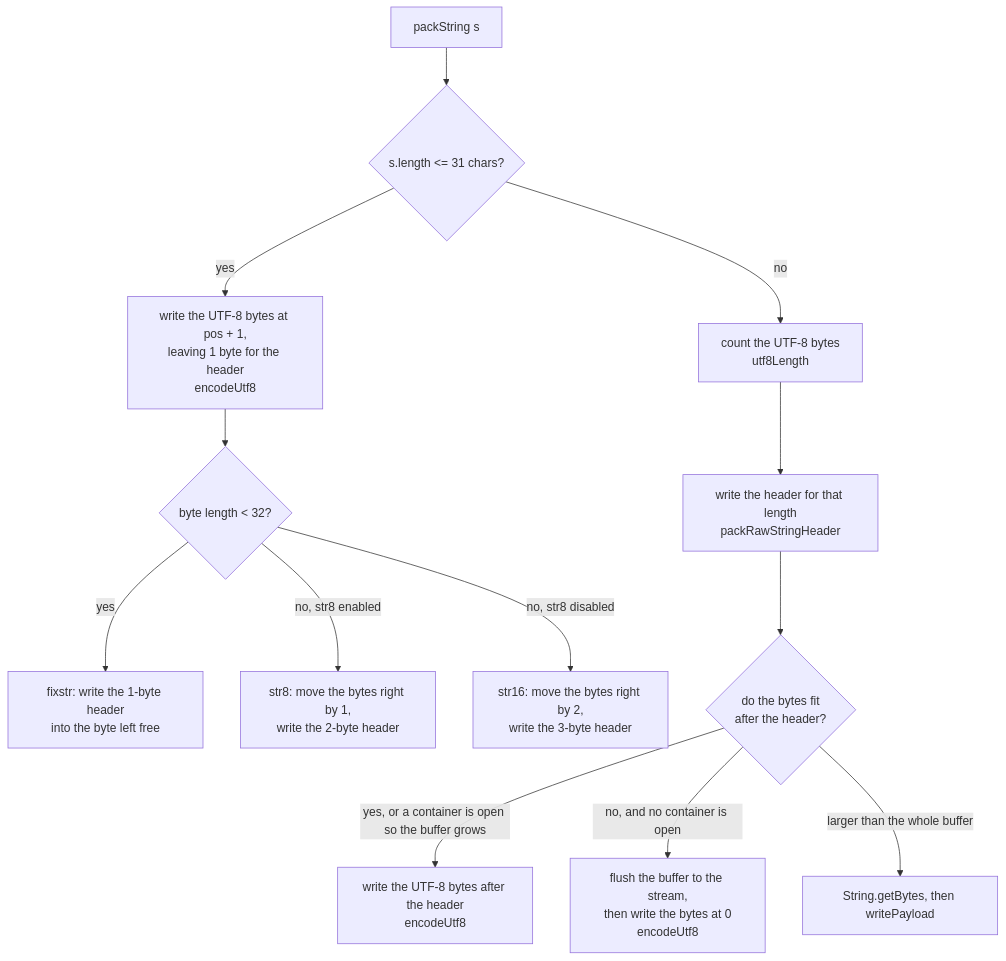
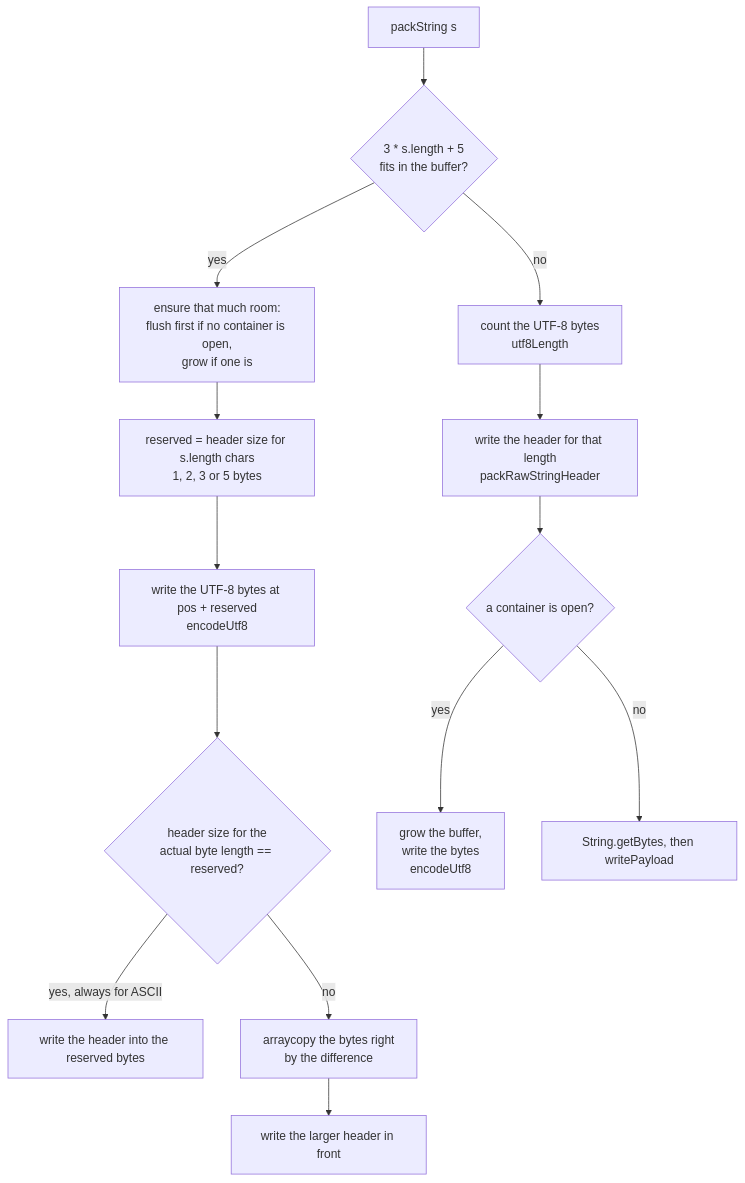
The fourth of 6 diagrams in docs/DESIGN.md (komamitsu/jackson-dataformat-msgpack), drawn with Mermaid before and after one commit. The commit also changed other lines of this file and 3 other files, not shown here.

First line of the commit message:
Encode every string that fits the buffer in place

````diff
--- a/docs/DESIGN.md
+++ b/docs/DESIGN.md
@@ -167,15 +171,16 @@
 ```mermaid
 flowchart TD
-    S[packString s] --> L{s.length <= 31 chars?}
-    L -->|yes| SP[write the UTF-8 bytes at pos + 1,<br/>leaving 1 byte for the header<br/>encodeUtf8]
-    SP --> B{byte length < 32?}
-    B -->|yes| F1[fixstr: write the 1-byte header<br/>into the byte left free]
-    B -->|no, str8 enabled| F2[str8: move the bytes right by 1,<br/>write the 2-byte header]
-    B -->|no, str8 disabled| F3[str16: move the bytes right by 2,<br/>write the 3-byte header]
-    L -->|no| C[count the UTF-8 bytes<br/>utf8Length]
-    C --> H[write the header for that length<br/>packRawStringHeader]
-    H --> R{do the bytes fit<br/>after the header?}
-    R -->|yes, or a container is open so the buffer grows| E[write the UTF-8 bytes after the header<br/>encodeUtf8]
-    R -->|no, and no container is open| FL[flush the buffer to the stream,<br/>then write the bytes at 0<br/>encodeUtf8]
-    R -->|larger than the whole buffer| G[String.getBytes, then writePayload]
+    S[packString s] --> W{3 * s.length + 5<br/>fits in the buffer?}
+    W -->|yes| E0[ensure that much room:<br/>flush first if no container is open,<br/>grow if one is]
+    E0 --> R[reserved = header size for s.length chars<br/>1, 2, 3 or 5 bytes]
+    R --> E[write the UTF-8 bytes at pos + reserved<br/>encodeUtf8]
+    E --> N{header size for the<br/>actual byte length == reserved?}
+    N -->|yes, always for ASCII| H1[write the header into the reserved bytes]
+    N -->|no| MV[arraycopy the bytes right<br/>by the difference]
+    MV --> H2[write the larger header in front]
+    W -->|no| C[count the UTF-8 bytes<br/>utf8Length]
+    C --> HH[write the header for that length<br/>packRawStringHeader]
+    HH --> R2{a container is open?}
+    R2 -->|yes| G[grow the buffer,<br/>write the bytes<br/>encodeUtf8]
+    R2 -->|no| SB[String.getBytes, then writePayload]
 ```
````
